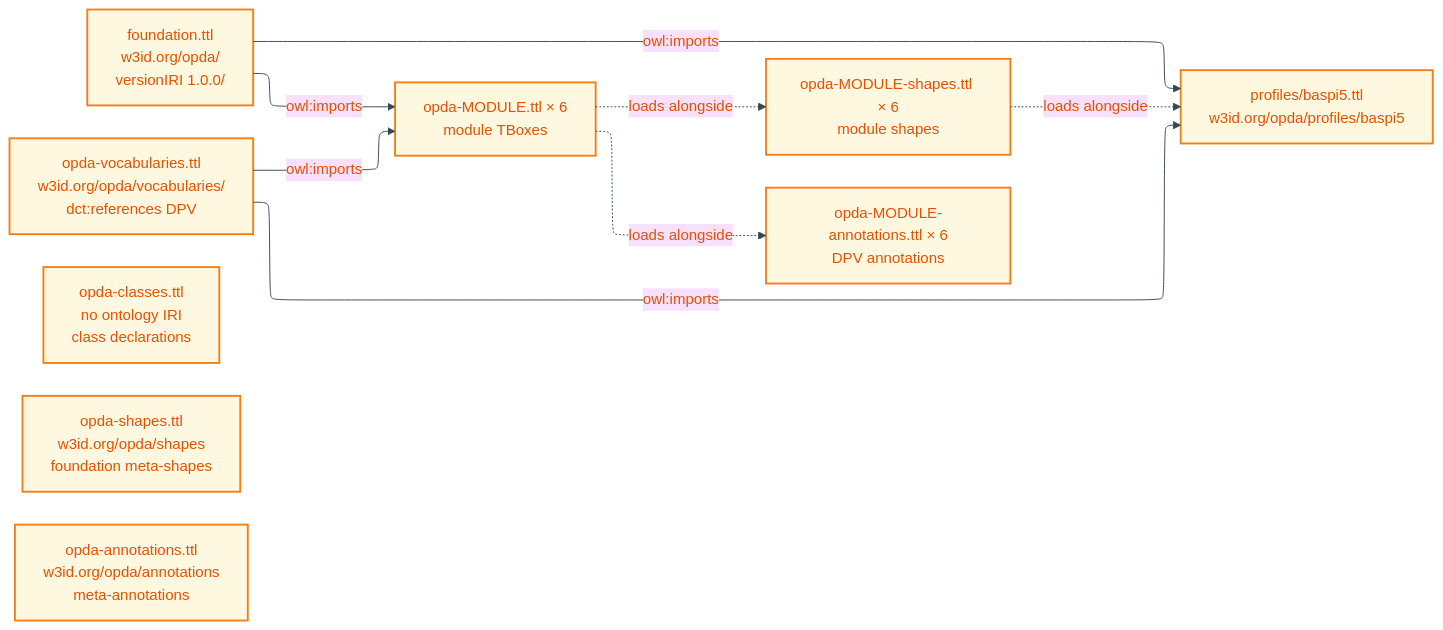
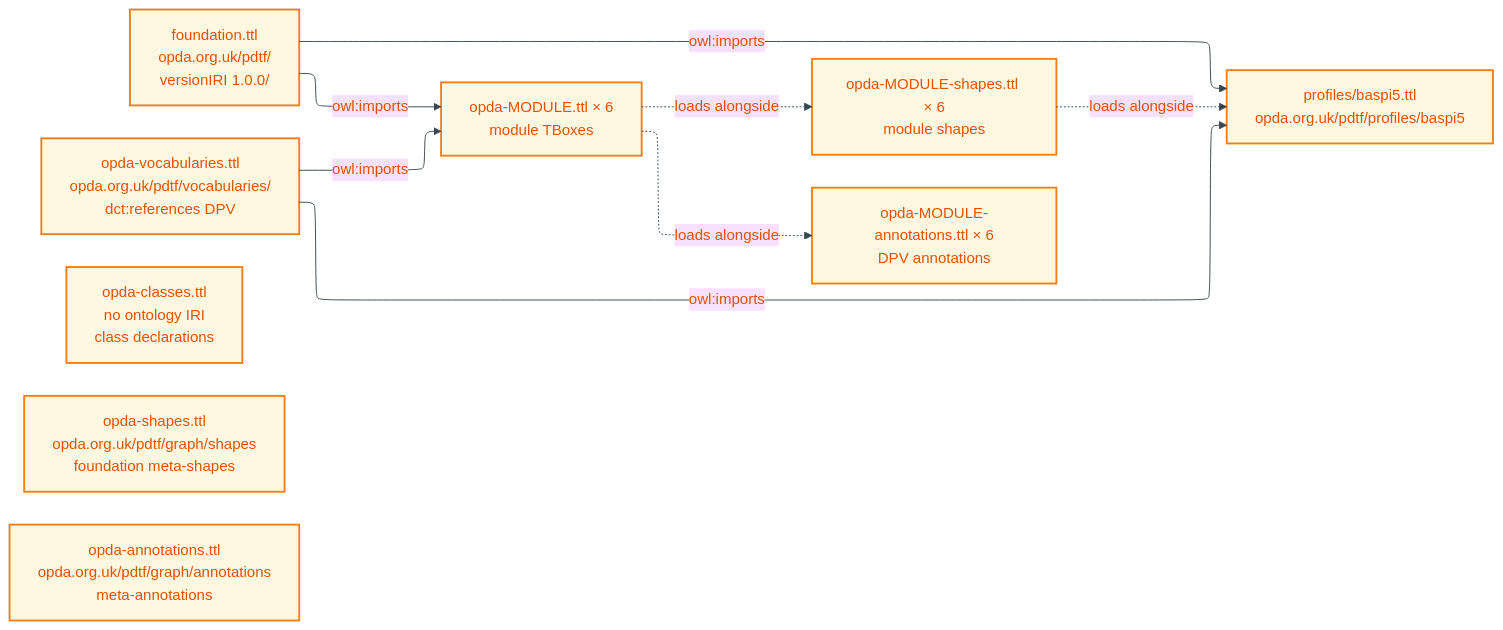
Before and after one commit to sparkling/opda: the first of 3 diagrams in docs/manual/physical-database/named-graphs.md, drawn with Mermaid. The commit also changed other lines of this file and 98 other files, not shown here.

First line of the commit message:
docs: migrate live IRI references to opda.org.uk/pdtf scheme (swarm)

````diff
--- a/docs/manual/physical-database/named-graphs.md
+++ b/docs/manual/physical-database/named-graphs.md
@@ -18,34 +18,34 @@
 ```mermaid
 ---
 config:
   layout: elk
   elk:
     mergeEdges: false
     nodePlacementStrategy: BRANDES_KOEPF
 ---
 %%{init: {"theme": "base", "themeVariables": {"primaryColor": "#FFF8E1", "primaryTextColor": "#E65100", "primaryBorderColor": "#F57F17", "lineColor": "#37474F"}}}%%
 flowchart LR
     accTitle: Named-graph load order
     accDescr: Shows the load order of foundation, vocabularies, class, shape, and annotation named graphs and how owl:imports chains link them.
 
     classDef data fill:#FFF8E1,stroke:#F57F17,stroke-width:2px,color:#E65100
     classDef infra fill:#E3F2FD,stroke:#1565C0,stroke-width:2px,color:#0D47A1
 
-    F["foundation.ttl<br/>w3id.org/opda/<br/>versionIRI 1.0.0/"]:::data
-    V["opda-vocabularies.ttl<br/>w3id.org/opda/vocabularies/<br/>dct:references DPV"]:::data
+    F["foundation.ttl<br/>opda.org.uk/pdtf/<br/>versionIRI 1.0.0/"]:::data
+    V["opda-vocabularies.ttl<br/>opda.org.uk/pdtf/vocabularies/<br/>dct:references DPV"]:::data
     Cl["opda-classes.ttl<br/>no ontology IRI<br/>class declarations"]:::data
-    SH["opda-shapes.ttl<br/>w3id.org/opda/shapes<br/>foundation meta-shapes"]:::data
-    AN["opda-annotations.ttl<br/>w3id.org/opda/annotations<br/>meta-annotations"]:::data
+    SH["opda-shapes.ttl<br/>opda.org.uk/pdtf/graph/shapes<br/>foundation meta-shapes"]:::data
+    AN["opda-annotations.ttl<br/>opda.org.uk/pdtf/graph/annotations<br/>meta-annotations"]:::data
     P["opda-MODULE.ttl × 6<br/>module TBoxes"]:::data
     PS["opda-MODULE-shapes.ttl × 6<br/>module shapes"]:::data
     PA["opda-MODULE-annotations.ttl × 6<br/>DPV annotations"]:::data
-    B["profiles/baspi5.ttl<br/>w3id.org/opda/profiles/baspi5"]:::data
+    B["profiles/baspi5.ttl<br/>opda.org.uk/pdtf/profiles/baspi5"]:::data
 
     F -->|owl:imports| P
     V -->|owl:imports| P
     P -.->|loads alongside| PS
     P -.->|loads alongside| PA
     F -->|owl:imports| B
     V -->|owl:imports| B
     PS -.->|loads alongside| B
 ```
````
